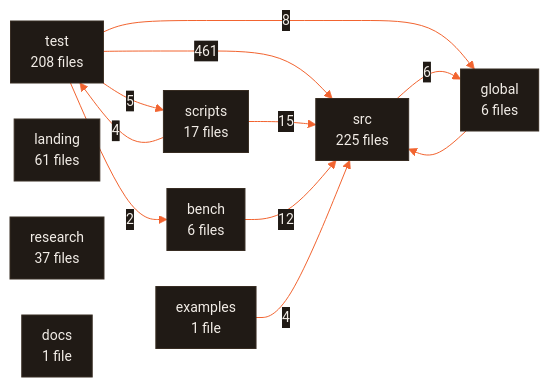
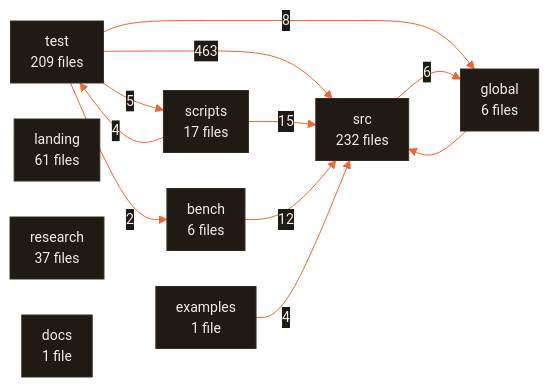
One commit to CodeWithJuber/forgekit changed the diagram in ARCHITECTURE.md. Above: the diagram before and after it, drawn with Mermaid. The commit also changed 26 other files, not shown here.

````diff
--- a/ARCHITECTURE.md
+++ b/ARCHITECTURE.md
@@ -677,23 +677,23 @@
 ```mermaid
 %%{init: {'theme':'base','themeVariables':{'primaryColor':'#201a15','primaryTextColor':'#f2ede7','primaryBorderColor':'#372c22','lineColor':'#f26430','secondaryColor':'#272019','tertiaryColor':'#171310','edgeLabelBackground':'#201a15','clusterBkg':'#171310','clusterBorder':'#4a3b2e','fontFamily':'ui-sans-serif, system-ui, sans-serif','fontSize':'14px'},'flowchart':{'curve':'basis','padding':10,'nodeSpacing':36,'rankSpacing':44}}}%%
 flowchart LR
-  src["src<br/>225 files"]
-  test["test<br/>208 files"]
+  src["src<br/>232 files"]
+  test["test<br/>209 files"]
   landing["landing<br/>61 files"]
   research["research<br/>37 files"]
   scripts["scripts<br/>17 files"]
   bench["bench<br/>6 files"]
   global["global<br/>6 files"]
   docs["docs<br/>1 file"]
   examples["examples<br/>1 file"]
-  test -- 461 --> src
+  test -- 463 --> src
   scripts -- 15 --> src
   bench -- 12 --> src
   test -- 8 --> global
   src -- 6 --> global
   test -- 5 --> scripts
   examples -- 4 --> src
   scripts -- 4 --> test
   test -- 2 --> bench
   global --> src
 ```
````
